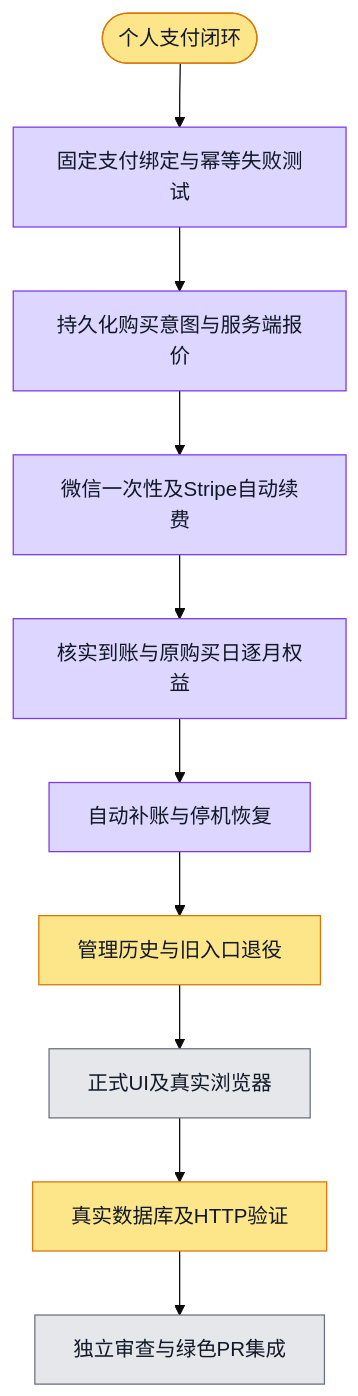
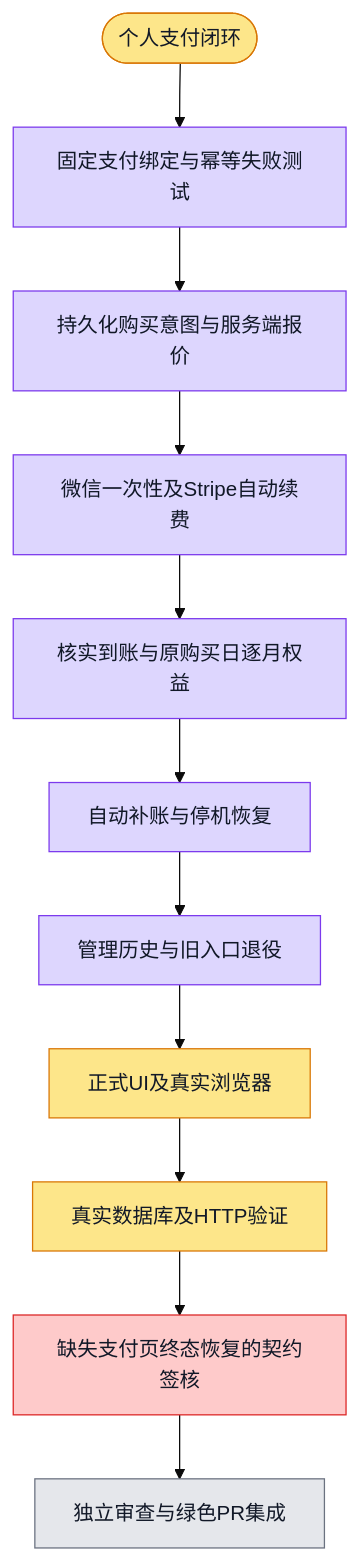
Before and after one commit to boardx/workspacex: the diagram in phases/phase-21-billing-payment/design-deltas/personal-payments/plan.md, drawn with Mermaid (base theme). The commit also changed 40 other files, not shown here.

Commit message:
feat(billing): connect personal pricing UI and signed browser flows; Refs #6093

````diff
--- a/phases/phase-21-billing-payment/design-deltas/personal-payments/plan.md
+++ b/phases/phase-21-billing-payment/design-deltas/personal-payments/plan.md
@@ -3,34 +3,39 @@
 ```mermaid
 flowchart TD
   G([个人支付闭环])
   S1[固定支付绑定与幂等失败测试]
   S2[持久化购买意图与服务端报价]
   S3[微信一次性及Stripe自动续费]
   S4[核实到账与原购买日逐月权益]
   S5[真实数据库及HTTP验证]
   S7[自动补账与停机恢复]
   S8[管理历史与旧入口退役]
   S9[正式UI及真实浏览器]
+  S10[缺失支付页终态恢复的契约签核]
   S6[独立审查与绿色PR集成]
-  G --> S1 --> S2 --> S3 --> S4 --> S7 --> S8 --> S9 --> S5 --> S6
+  G --> S1 --> S2 --> S3 --> S4 --> S7 --> S8 --> S9 --> S5 --> S10 --> S6
   classDef todo fill:#e5e7eb,stroke:#6b7280,color:#111827
   classDef doing fill:#fde68a,stroke:#d97706,color:#111827
   classDef done fill:#bbf7d0,stroke:#16a34a,color:#111827
   classDef tested fill:#ddd6fe,stroke:#7c3aed,color:#111827
   classDef blocked fill:#fecaca,stroke:#dc2626,color:#111827
   class G doing
   class S1 tested
   %% evidence S1: provider 113 tests passed; evidence/provider-current.txt
   class S2 tested
   %% evidence S2: PostgreSQL 7 and HTTP 2 passed; evidence/intents-green.txt and http-green.txt
   class S3 tested
   %% evidence S3: provider162及PG/HTTP54，evidence/recovery-auto-*
   class S4 tested
   %% evidence S4: Stripe26含原锚点与重复账单，evidence/recovery-auto-pg-http.txt
   class S5 doing
   class S7 tested
   %% evidence S7: 177872994独立增量ACCEPT，root自动恢复与生命周期3项
-  class S8 doing
-  class S9 todo
+  class S8 tested
+  %% evidence S8: management与旧财务回归，当前53PG含active审计修复
+  class S9 doing
+  %% evidence S9: 正常链路完整browser16及React93；异常恢复仍待S10
+  class S10 blocked
+  %% evidence S10: personal-order-outcomes-v1/design-signoff.md；人类确认pending
   class S6 todo
 ```
````
